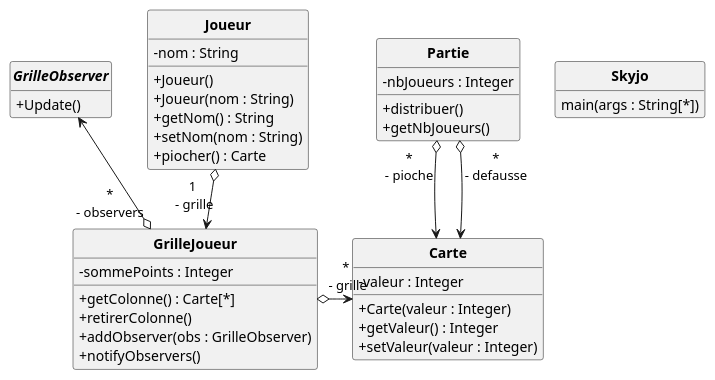
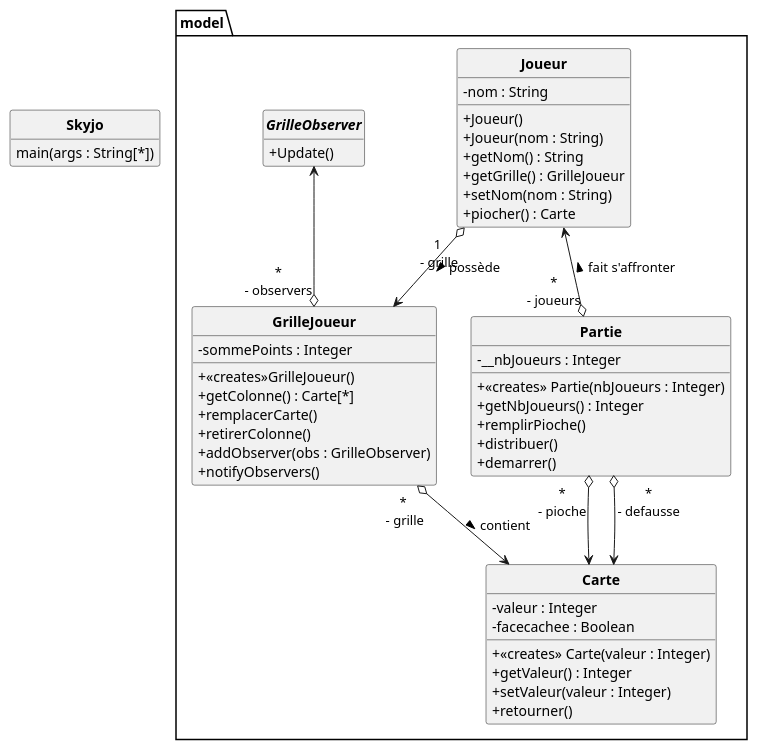
One commit to aymkoub/Skyjo changed the diagram in skyjo.puml. Above: the diagram before and after it, drawn with PlantUML.

Commit message:
Update puml

```diff
--- a/skyjo.puml
+++ b/skyjo.puml
@@ -1,52 +1,61 @@
 @startuml Skyjo
 skinparam style strictuml
 skinparam classAttributeIconSize 0
 skinparam classFontStyle Bold
 hide empty members
 
 class Skyjo{
     main(args : String[*])
 }
+package model{
+    class Carte{
+        - valeur : Integer
+        - facecachee : Boolean
+        + <<creates>> Carte(valeur : Integer)
+        + getValeur() : Integer
+        + setValeur(valeur : Integer)
+        + retourner()
+    }
 
-class Carte{
-    - valeur : Integer
-    + Carte(valeur : Integer)
-    + getValeur() : Integer
-    + setValeur(valeur : Integer)
+    class Joueur{
+        - nom : String
+        + Joueur()
+        + Joueur(nom : String)
+        + getNom() : String
+        + getGrille() : GrilleJoueur
+        + setNom(nom : String)
+        + piocher() : Carte
+    }
 
+    class GrilleJoueur{
+        - sommePoints : Integer
+        +<<creates>>GrilleJoueur()
+        + getColonne() : Carte[*]
+        + remplacerCarte()
+        + retirerColonne()
+        + addObserver(obs : GrilleObserver)
+        + notifyObservers()
+    }
+
+    Joueur "1\n - grille" o--> GrilleJoueur : possède >
+
+    interface GrilleObserver{
+        + Update()
+    }
+    GrilleJoueur "*\n- observers" o-u-> GrilleObserver
+
+    class Partie{
+        - __nbJoueurs : Integer
+        + <<creates>> Partie(nbJoueurs : Integer)
+        + getNbJoueurs() : Integer
+        + remplirPioche()
+        + distribuer()
+        +demarrer()
+    }
+
+    Partie "*\n- pioche" o--> Carte
+    Partie "*\n- defausse" o--> Carte
+    Partie "*\n- joueurs" o-u-> Joueur : fait s'affronter >
+    GrilleJoueur "*\n - grille" o--> Carte : contient >
 }
-
-class Joueur{
-    - nom : String
-    + Joueur()
-    + Joueur(nom : String)
-    + getNom() : String
-    + setNom(nom : String)
-    + piocher() : Carte
-}
-
-class GrilleJoueur{
-    - sommePoints : Integer
-    + getColonne() : Carte[*]
-    + retirerColonne()
-    + addObserver(obs : GrilleObserver)
-    + notifyObservers()
-}
-
-Joueur "1\n - grille" o--> GrilleJoueur
-
-interface GrilleObserver{
-    + Update()
-}
-GrilleJoueur "*\n- observers" o-u-> GrilleObserver
-class Partie{
-    - nbJoueurs : Integer
-    + distribuer()
-    + getNbJoueurs()
-}
-
-Partie "*\n- pioche" o--> Carte
-Partie "*\n- defausse" o--> Carte
-GrilleJoueur "*\n - grille" o-r-> Carte
-
 @enduml
```
